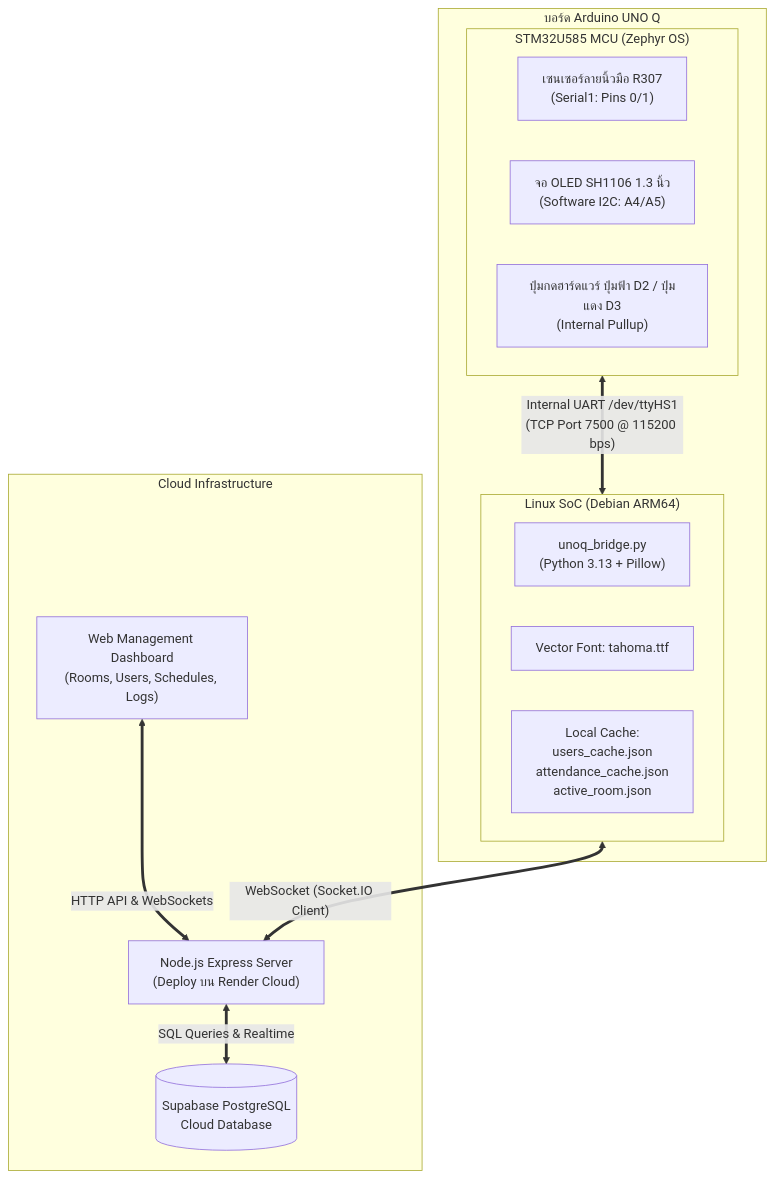
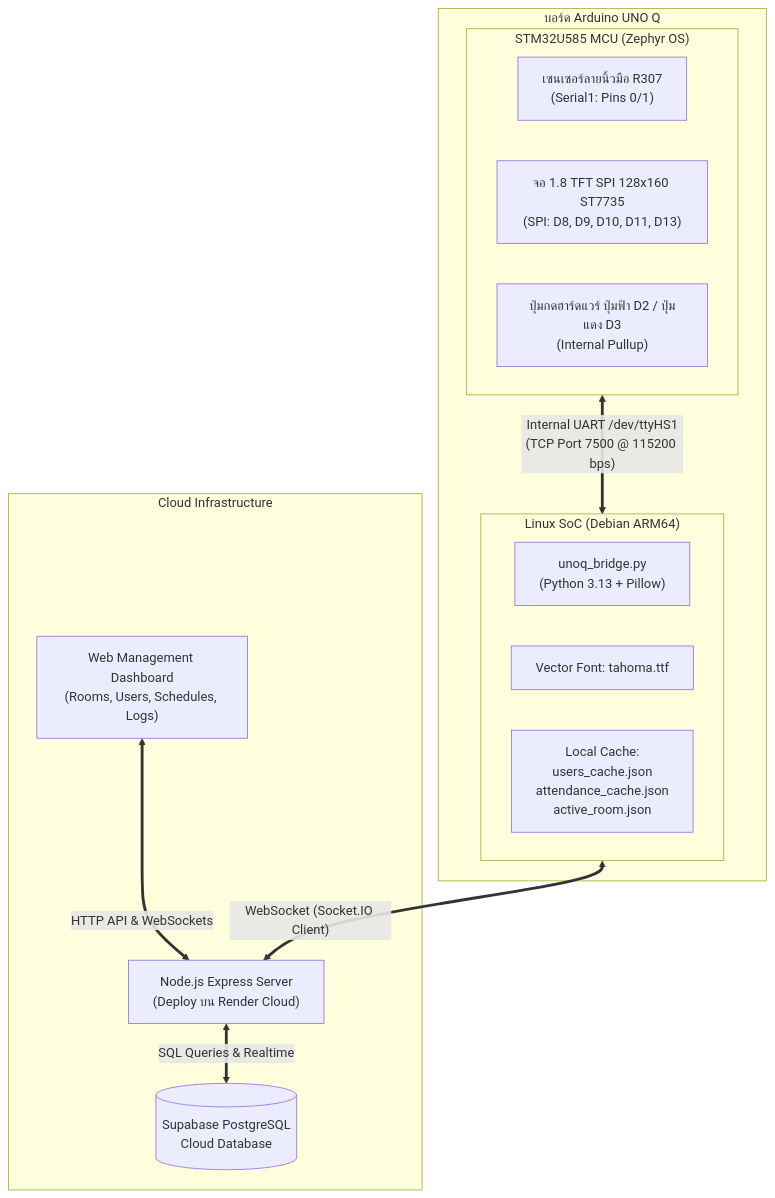
Before and after one commit to Poomwillbeprogrammer/Fingerprint: the diagram in README.md, drawn with Mermaid. The commit also changed other lines of this file and 9 other files, not shown here.

First line of the commit message:
feat: migrate display from SH1106 OLED to 1.8\" TFT SPI (ST7735 128x160) (ADR-029)

````diff
--- a/README.md
+++ b/README.md
@@ -60,28 +60,28 @@
 ```mermaid
 flowchart TD
     subgraph Arduino_UNO_Q ["บอร์ด Arduino UNO Q"]
         subgraph STM32 ["STM32U585 MCU (Zephyr OS)"]
             R307["เซนเซอร์ลายนิ้วมือ R307<br/>(Serial1: Pins 0/1)"]
-            OLED["จอ OLED SH1106 1.3 นิ้ว<br/>(Software I2C: A4/A5)"]
+            TFT["จอ 1.8 TFT SPI 128x160 ST7735<br/>(SPI: D8, D9, D10, D11, D13)"]
             BTN["ปุ่มกดฮาร์ดแวร์ ปุ่มฟ้า D2 / ปุ่มแดง D3<br/>(Internal Pullup)"]
         end
 
         subgraph Linux_SoC ["Linux SoC (Debian ARM64)"]
             Bridge["unoq_bridge.py<br/>(Python 3.13 + Pillow)"]
             Font["Vector Font: tahoma.ttf"]
             LocalCache["Local Cache:<br/>users_cache.json<br/>attendance_cache.json<br/>active_room.json"]
         end
 
         STM32 <== "Internal UART /dev/ttyHS1<br/>(TCP Port 7500 @ 115200 bps)" ==> Linux_SoC
     end
 
     subgraph Cloud ["Cloud Infrastructure"]
         Server["Node.js Express Server<br/>(Deploy บน Render Cloud)"]
         DB[(Supabase PostgreSQL<br/>Cloud Database)]
         WebUI["Web Management Dashboard<br/>(Rooms, Users, Schedules, Logs)"]
     end
 
     Linux_SoC <== "WebSocket (Socket.IO Client)" ==> Server
     Server <== "SQL Queries & Realtime" ==> DB
     WebUI <== "HTTP API & WebSockets" ==> Server
 ```
````
